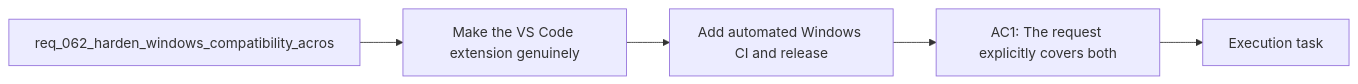
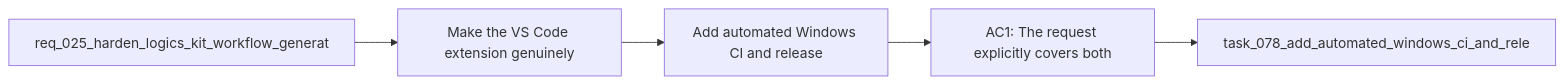
Before and after one commit to AlexAgo83/logics-manager: the diagram in logics/backlog/item_077_add_automated_windows_ci_and_release_gating_for_supported_workflows.md, drawn with Mermaid. The commit also changed 481 other files, not shown here.

Commit message:
Normalize Logics docs and workflow indicators

````diff
--- a/logics/backlog/item_077_add_automated_windows_ci_and_release_gating_for_supported_workflows.md
+++ b/logics/backlog/item_077_add_automated_windows_ci_and_release_gating_for_supported_workflows.md
@@ -24,9 +24,9 @@
 ```mermaid
 %% logics-kind: backlog
 %% logics-signature: backlog|add-automated-windows-ci-and-release-gat|req-025-harden-logics-kit-workflow-gener|make-the-vs-code-extension-genuinely|ac1-the-request-explicitly-covers-both
 flowchart LR
-    Request[req_062_harden_windows_compatibility_acros] --> Problem[Make the VS Code extension genuinely]
+    Request[req_025_harden_logics_kit_workflow_generat] --> Problem[Make the VS Code extension genuinely]
     Problem --> Scope[Add automated Windows CI and release]
     Scope --> Acceptance[AC1: The request explicitly covers both]
-    Acceptance --> Tasks[Execution task]
+    Acceptance --> Tasks[task_078_add_automated_windows_ci_and_rele]
 ```
````
